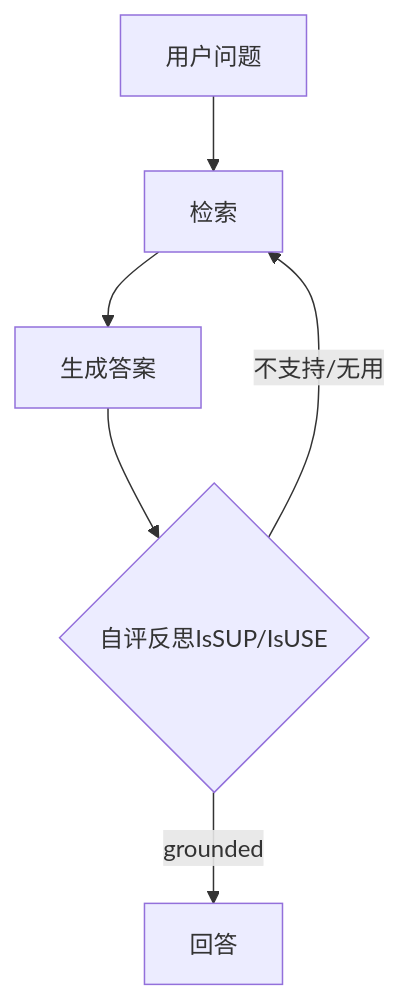
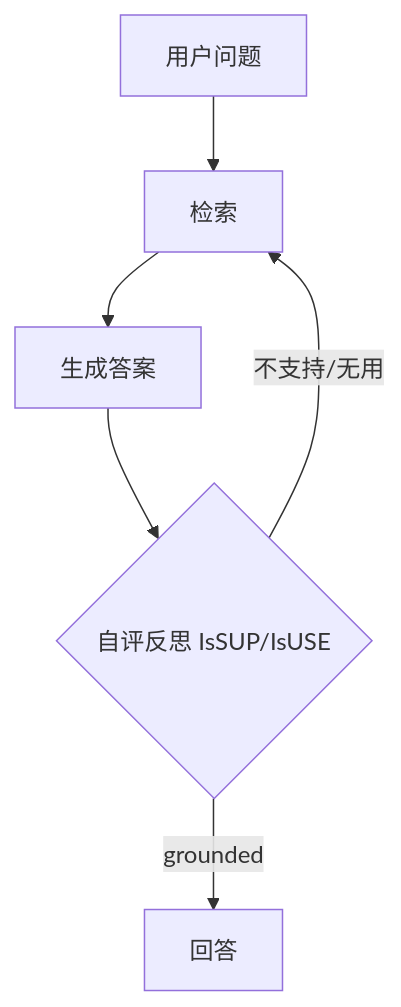
One commit to Laughingtt/kb-retrieval-sys changed the ninth of 18 diagrams in docs/kb_retrieval_solutions.md. Above: the diagram before and after it, drawn with Mermaid. The commit also changed other lines of this file, not shown here.

````diff
--- a/docs/kb_retrieval_solutions.md
+++ b/docs/kb_retrieval_solutions.md
@@ -393,7 +422,7 @@
 ```mermaid
 flowchart TD
     Q[用户问题] --> R[检索] --> G[生成答案]
-    G --> E{自评反思IsSUP/IsUSE}
+    G --> E{自评反思 IsSUP/IsUSE}
     E -->|不支持/无用| R
     E -->|grounded| A[回答]
 ```
````
